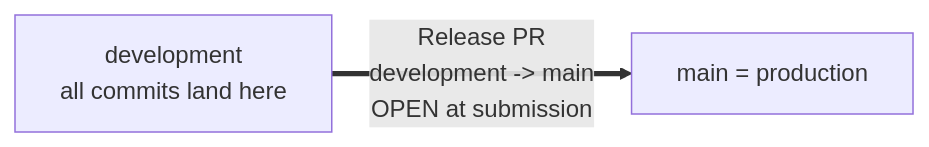
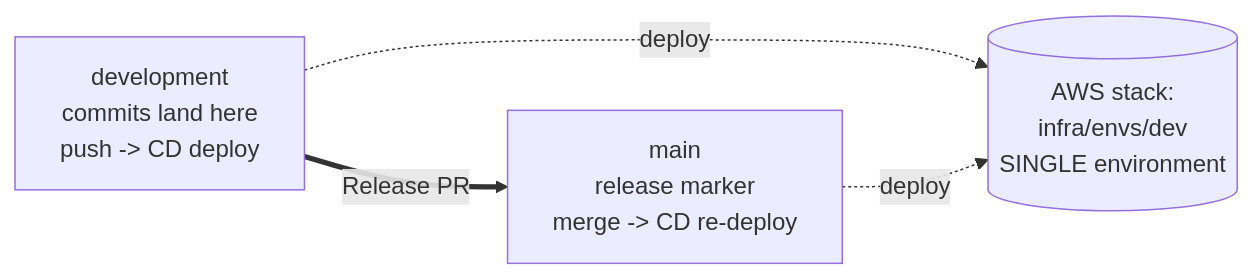
One commit to miliyarsh/rxlab-agentic changed the diagram in README.md. Above: the diagram before and after it, drawn with Mermaid. The commit also changed other lines of this file and 39 other files, not shown here.

Commit message:
refactor: single environment + remove Cursor artifacts

````diff
--- a/README.md
+++ b/README.md
@@ -33,6 +34,9 @@
 ```mermaid
 flowchart LR
-  Dev[development<br/>all commits land here]
-  Main[main = production]
-  Dev ==>|Release PR<br/>development -> main<br/>OPEN at submission| Main
+  Dev[development<br/>commits land here<br/>push -> CD deploy]
+  Main[main<br/>release marker<br/>merge -> CD re-deploy]
+  Stack[(AWS stack:<br/>infra/envs/dev<br/>SINGLE environment)]
+  Dev ==>|Release PR| Main
+  Dev -. deploy .-> Stack
+  Main -. deploy .-> Stack
 ```
````
